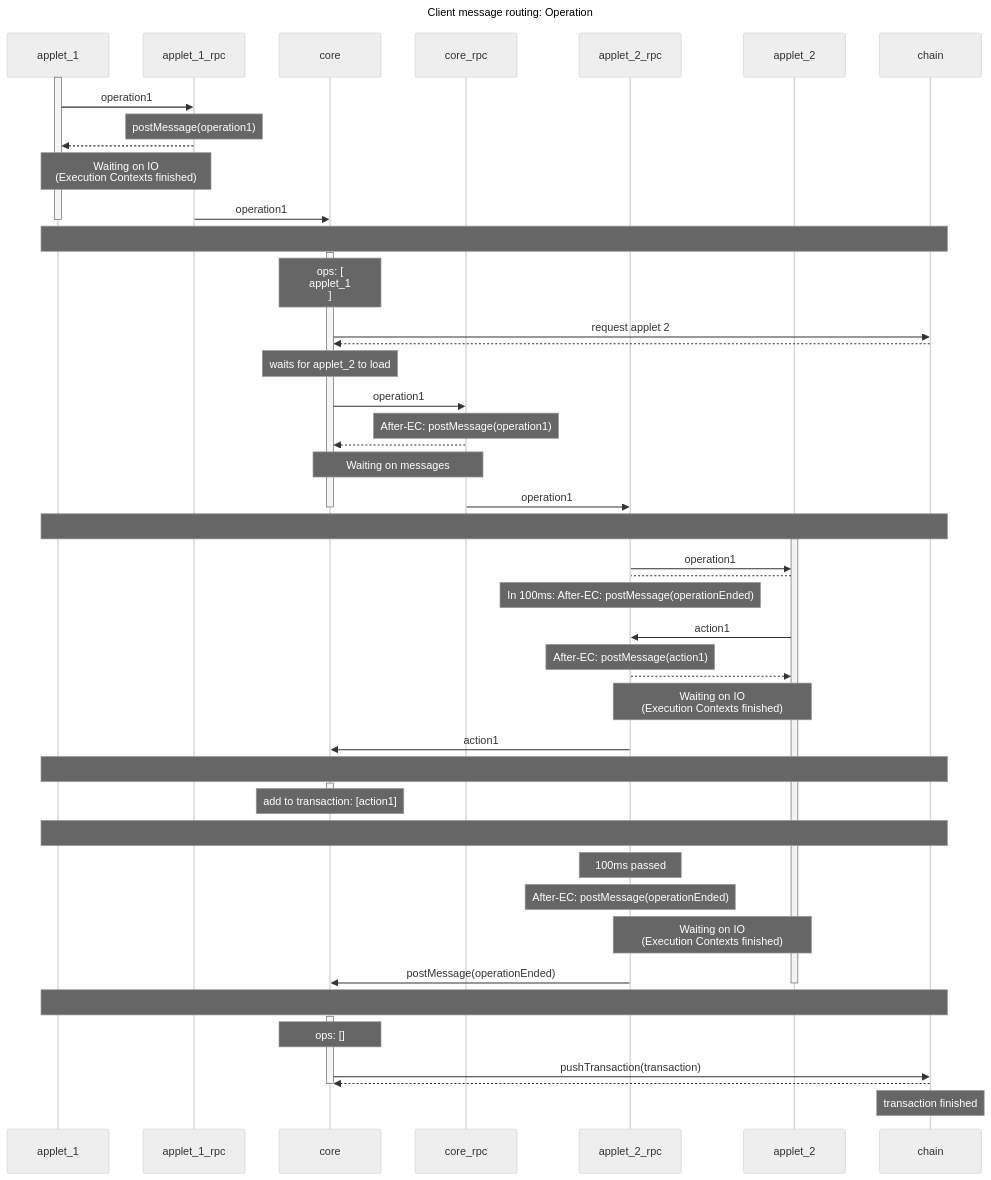
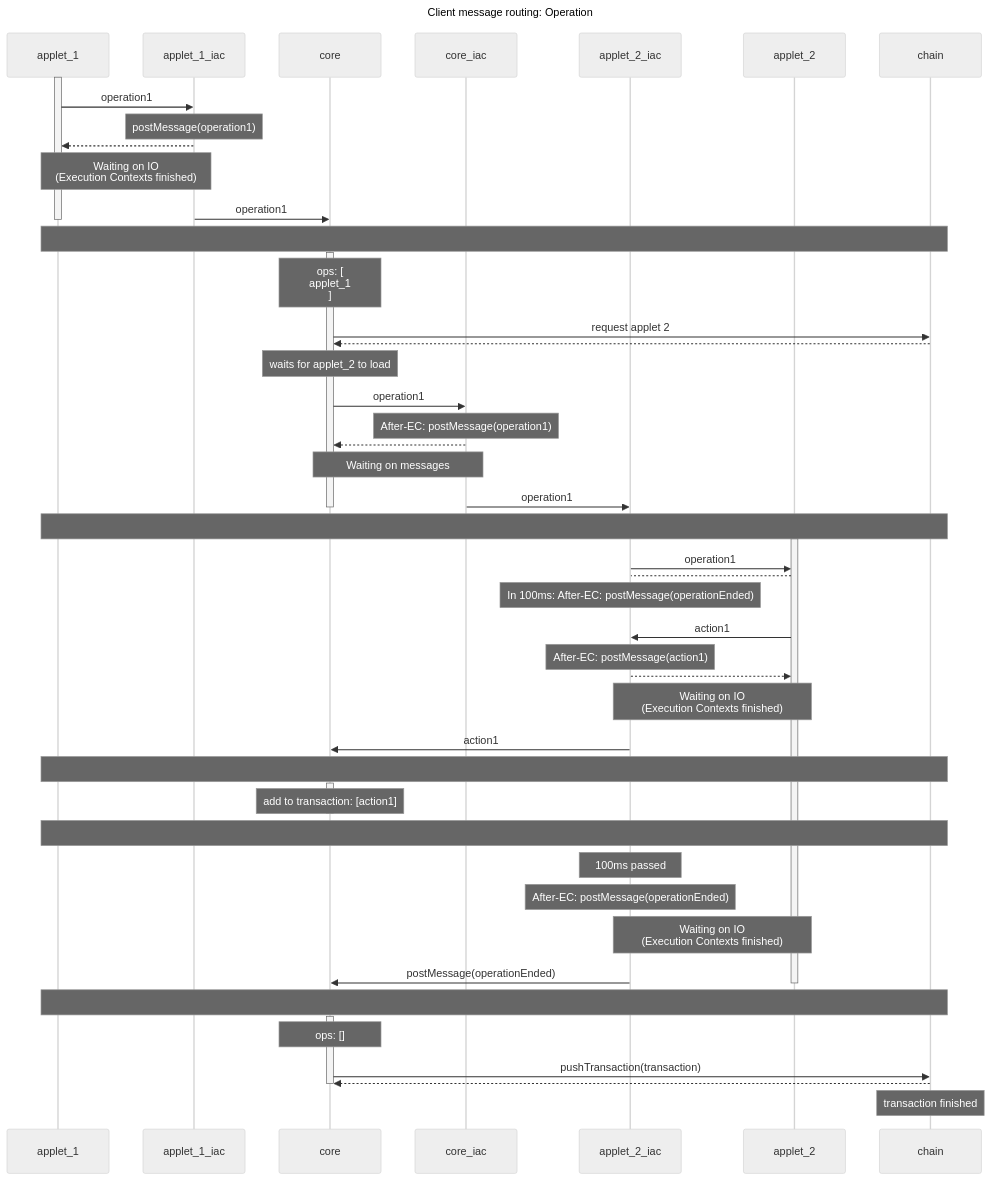
One commit to gofractally/psibase changed the first of 2 diagrams in doc/diagrams/client-message-routing.md. Above: the diagram before and after it, drawn with Mermaid (neutral theme). The commit also changed other lines of this file and 6 other files, not shown here.

Commit message:
update sequence diagrams

```diff
--- a/doc/diagrams/client-message-routing.md
+++ b/doc/diagrams/client-message-routing.md
@@ -11,20 +11,20 @@
 title Client message routing: Operation
 
 participant applet_1
-participant applet_1_rpc
+participant applet_1_iac
 participant core
-participant core_rpc
-participant applet_2_rpc
+participant core_iac
+participant applet_2_iac
 participant applet_2
 participant chain
 
 activate applet_1
-applet_1->>applet_1_rpc: operation1
-note over applet_1_rpc: postMessage(operation1)
-applet_1_rpc-->>applet_1: 
+applet_1->>applet_1_iac: operation1
+note over applet_1_iac: postMessage(operation1)
+applet_1_iac-->>applet_1: 
 
-note over applet_1_rpc,applet_1: Waiting on IO<br>(Execution Contexts finished)
-applet_1_rpc->>core: operation1
+note over applet_1_iac,applet_1: Waiting on IO<br>(Execution Contexts finished)
+applet_1_iac->>core: operation1
 
 deactivate applet_1
 
@@ -36,12 +36,12 @@
 core->>chain: request applet 2
 chain-->>core: 
 note over core: waits for applet_2 to load
-core->>core_rpc: operation1
-note over core_rpc: After-EC: postMessage(operation1)
-core_rpc-->>core: 
+core->>core_iac: operation1
+note over core_iac: After-EC: postMessage(operation1)
+core_iac-->>core: 
 
-note over core,core_rpc: Waiting on messages
-core_rpc->>applet_2_rpc: operation1
+note over core,core_iac: Waiting on messages
+core_iac->>applet_2_iac: operation1
 deactivate core
 
 
@@ -49,16 +49,16 @@
 
 
 activate applet_2
-applet_2_rpc->>applet_2: operation1
-applet_2-->applet_2_rpc: 
-note over applet_2_rpc: In 100ms: After-EC: postMessage(operationEnded)
+applet_2_iac->>applet_2: operation1
+applet_2-->applet_2_iac: 
+note over applet_2_iac: In 100ms: After-EC: postMessage(operationEnded)
 
-applet_2->>applet_2_rpc: action1
-note over applet_2_rpc: After-EC: postMessage(action1)
-applet_2_rpc-->>applet_2: 
+applet_2->>applet_2_iac: action1
+note over applet_2_iac: After-EC: postMessage(action1)
+applet_2_iac-->>applet_2: 
 
-note over applet_2_rpc,applet_2: Waiting on IO<br>(Execution Contexts finished)
-applet_2_rpc->>core: action1
+note over applet_2_iac,applet_2: Waiting on IO<br>(Execution Contexts finished)
+applet_2_iac->>core: action1
 
 
 note over applet_1,chain: 
@@ -72,11 +72,11 @@
 note over applet_1,chain: 
 
 
-note over applet_2_rpc: 100ms passed
-note over applet_2_rpc: After-EC: postMessage(operationEnded)
+note over applet_2_iac: 100ms passed
+note over applet_2_iac: After-EC: postMessage(operationEnded)
 
-note over applet_2_rpc,applet_2: Waiting on IO<br>(Execution Contexts finished)
-applet_2_rpc->>core: postMessage(operationEnded)
+note over applet_2_iac,applet_2: Waiting on IO<br>(Execution Contexts finished)
+applet_2_iac->>core: postMessage(operationEnded)
 deactivate applet_2
 
 
```
